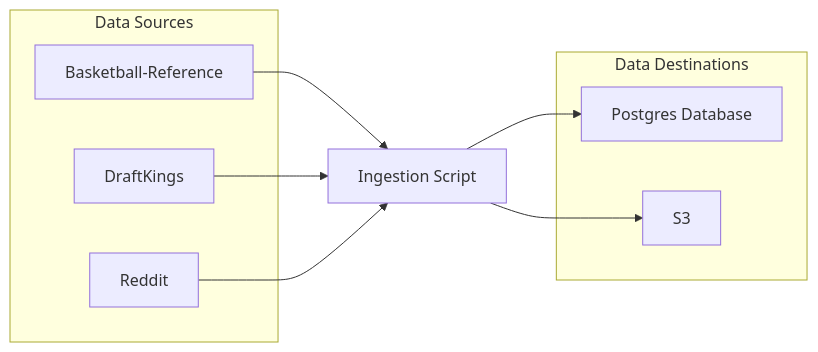
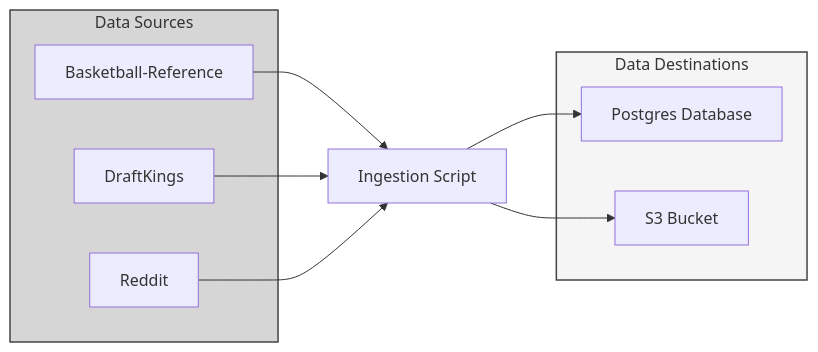
Before and after one commit to jyablonski/doqs: the first of 2 diagrams in src/content/docs/services/ingestion_script.md, drawn with Mermaid. The commit also changed other lines of this file and 11 other files, not shown here.

````diff
--- a/src/content/docs/services/ingestion_script.md
+++ b/src/content/docs/services/ingestion_script.md
@@ -13,21 +13,25 @@
 ``` mermaid
 graph LR
-    subgraph DS[Data Sources]
+
+    subgraph Data_Sources[Data Sources]
         A[Basketball-Reference]
         B[DraftKings]
         C[Reddit]
     end
 
-    subgraph DD[Data Destinations]
+    subgraph Data_Destinations[Data Destinations]
         DB[Postgres Database]
-        S3[S3]
+        S3[S3 Bucket]
     end
 
     A --> INGEST[Ingestion Script]
     B --> INGEST
     C --> INGEST
     INGEST --> DB
     INGEST --> S3
 
+    style Data_Sources fill:#d6d6d6,stroke:#444,stroke-width:1.5px
+    style Data_Destinations fill:#f5f5f5,stroke:#444,stroke-width:1.5px
+
 
 ```
````
